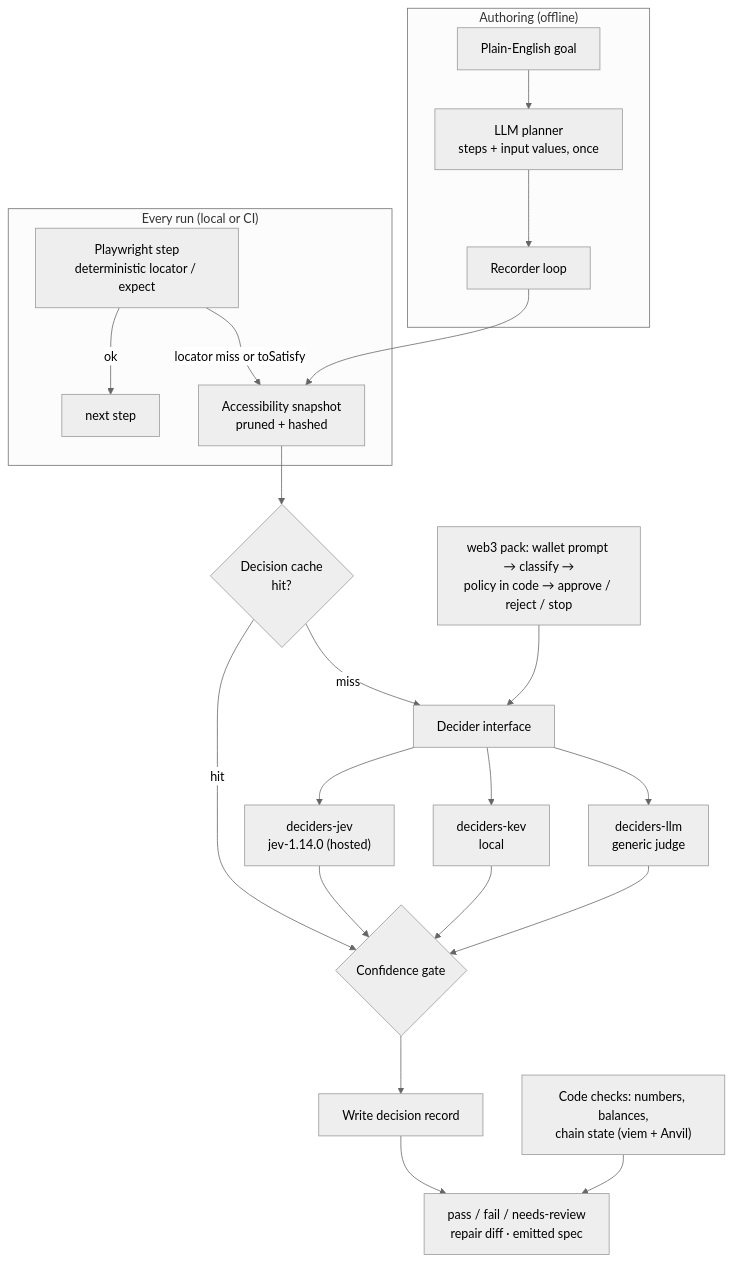
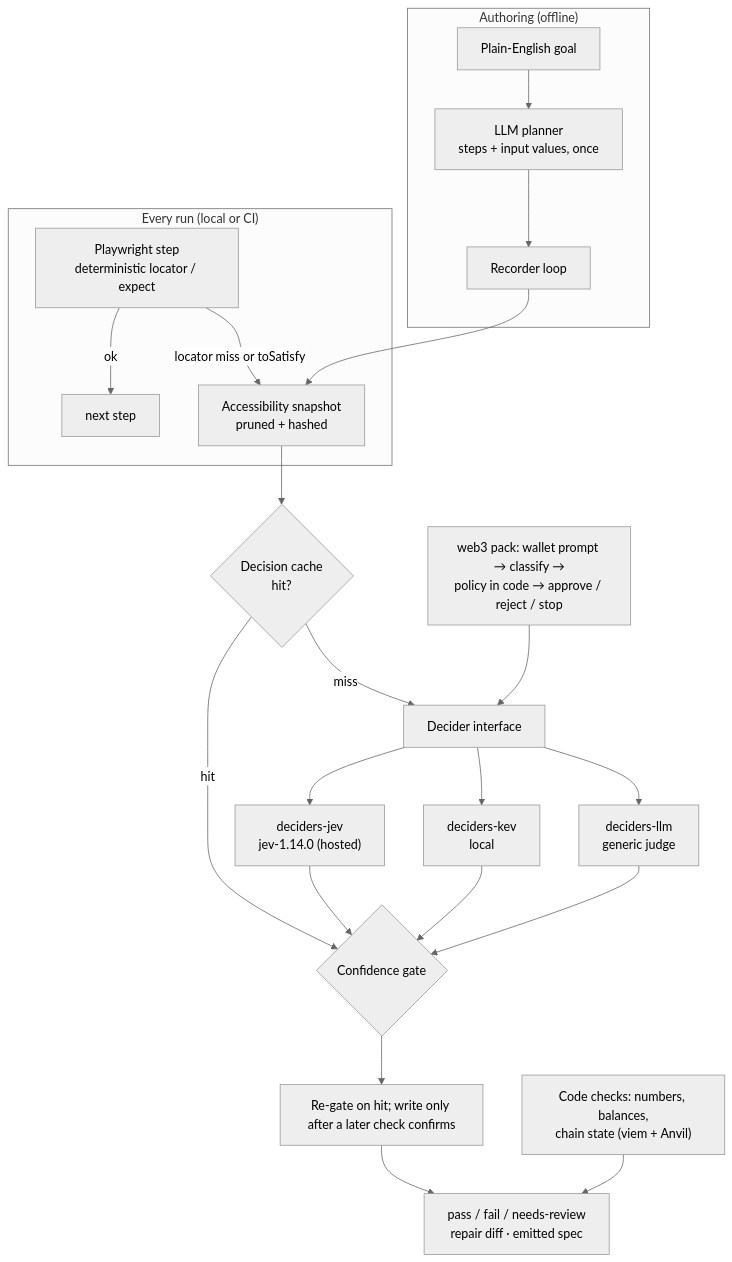
The diagram in docs/DESIGN.md (AdamGencel/jevy), drawn with Mermaid (neutral theme) before and after one commit. The commit also changed other lines of this file and 3 other files, not shown here.

First line of the commit message:
docs: honest positioning and roadmap update after e2e review

````diff
--- a/docs/DESIGN.md
+++ b/docs/DESIGN.md
@@ -30,28 +30,28 @@
 ```mermaid
 flowchart TD
   subgraph Authoring["Authoring (offline)"]
     Goal["Plain-English goal"] --> Planner["LLM planner<br/>steps + input values, once"]
     Planner --> Recorder["Recorder loop"]
   end
 
   subgraph Runtime["Every run (local or CI)"]
     Step["Playwright step<br/>deterministic locator / expect"] -->|ok| Next["next step"]
     Step -->|locator miss or toSatisfy| Snap["Accessibility snapshot<br/>pruned + hashed"]
   end
 
   Recorder --> Snap
   Snap --> Cache{"Decision cache<br/>hit?"}
   Cache -->|hit| Gate
   Cache -->|miss| Decider["Decider interface"]
   Decider --> Jev["deciders-jev<br/>jev-1.14.0 (hosted)"]
   Decider --> Kev["deciders-kev<br/>local"]
   Decider --> LLM["deciders-llm<br/>generic judge"]
   Jev --> Gate{"Confidence gate"}
   Kev --> Gate
   LLM --> Gate
-  Gate --> Ledger["Write decision record"]
+  Gate --> Ledger["Re-gate on hit; write only after a later check confirms"]
   Ledger --> Out["pass / fail / needs-review<br/>repair diff · emitted spec"]
 
   Code["Code checks: numbers, balances,<br/>chain state (viem + Anvil)"] --> Out
   Web3["web3 pack: wallet prompt → classify →<br/>policy in code → approve / reject / stop"] --> Decider
 ```
````
